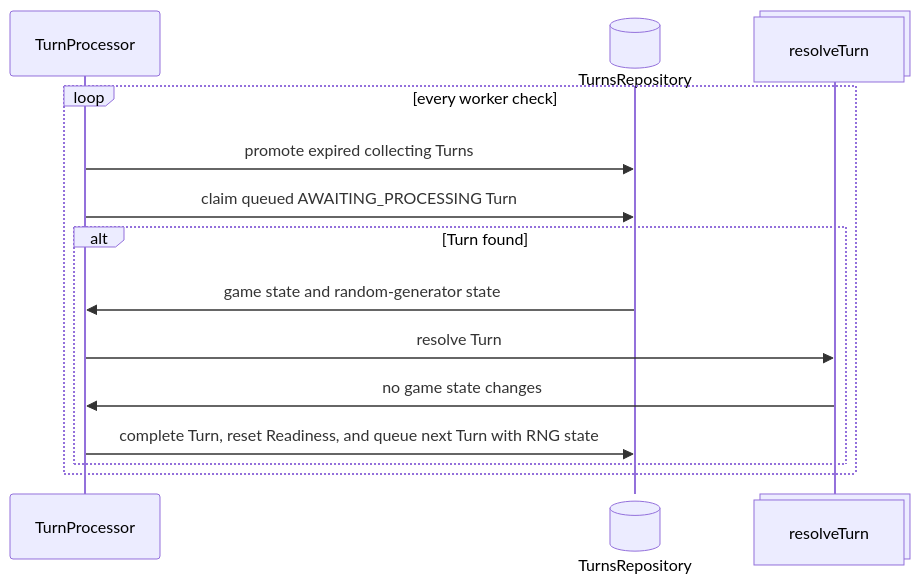
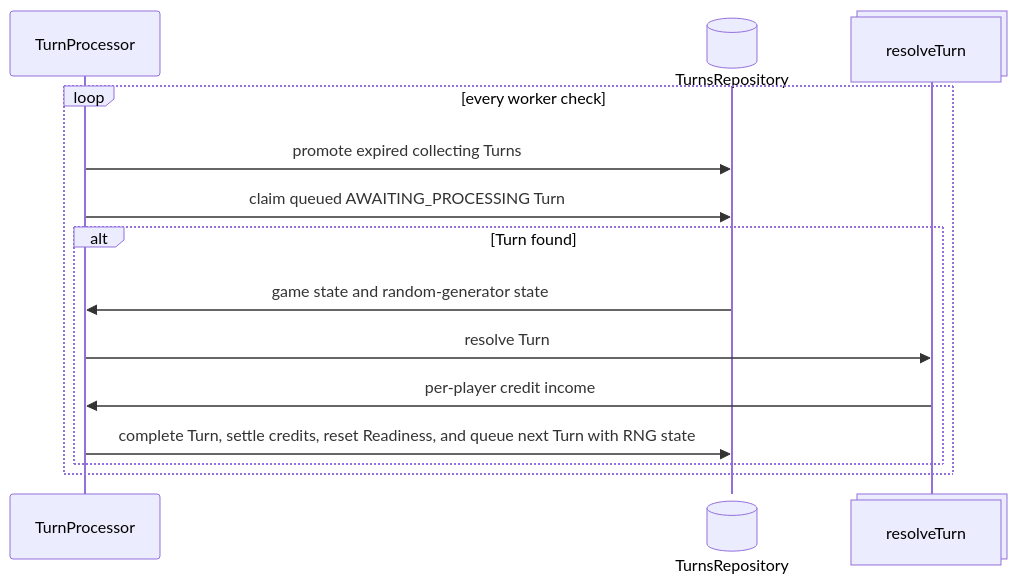
One commit to Guillaume-Docquier/text-based-browser-game-1 changed the diagram in packages/backend/src/turn-processing/ARCHITECTURE.md. Above: the diagram before and after it, drawn with Mermaid. The commit also changed other lines of this file and 30 other files, not shown here.

Commit message:
06: Settle trade-center income after each turn

````diff
--- a/packages/backend/src/turn-processing/ARCHITECTURE.md
+++ b/packages/backend/src/turn-processing/ARCHITECTURE.md
@@ -20,16 +20,16 @@
 ```mermaid
 sequenceDiagram
         participant P3 as TurnProcessor
         participant P1@{ "type": "database" } as TurnsRepository
         participant P2@{ "type": "collections" } as resolveTurn
         loop every worker check
           P3->>P1: promote expired collecting Turns
           P3->>P1: claim queued AWAITING_PROCESSING Turn
           alt Turn found
             P1->>P3: game state and random-generator state
             P3->>P2: resolve Turn
-            P2->>P3: no game state changes
-            P3->>P1: complete Turn, reset Readiness, and queue next Turn with RNG state
+            P2->>P3: per-player credit income
+            P3->>P1: complete Turn, settle credits, reset Readiness, and queue next Turn with RNG state
           end
         end
 ```
````
